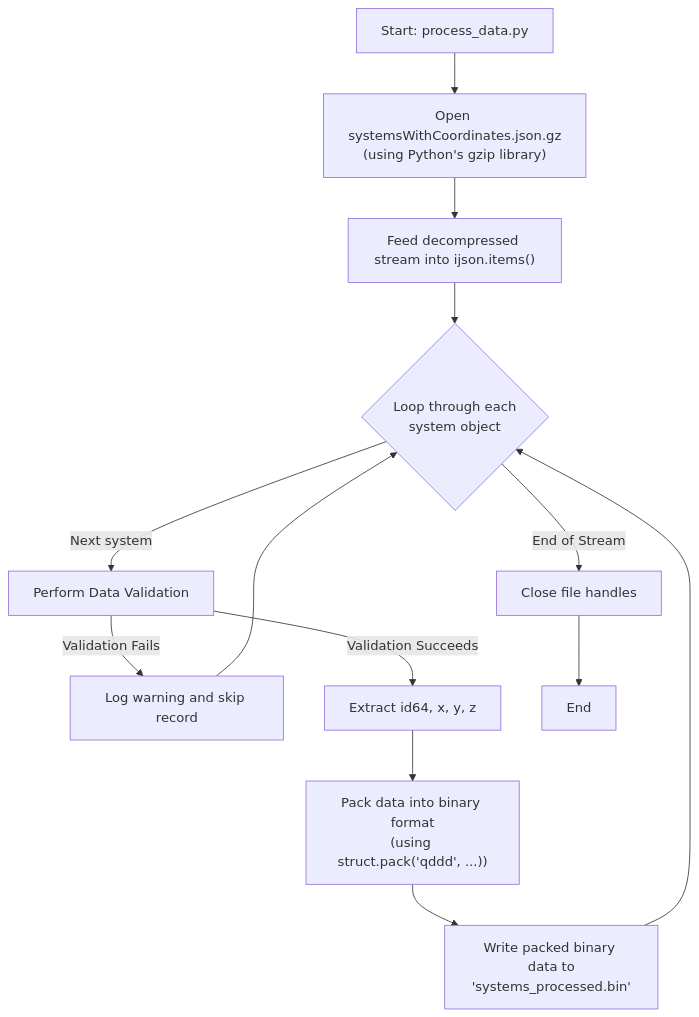
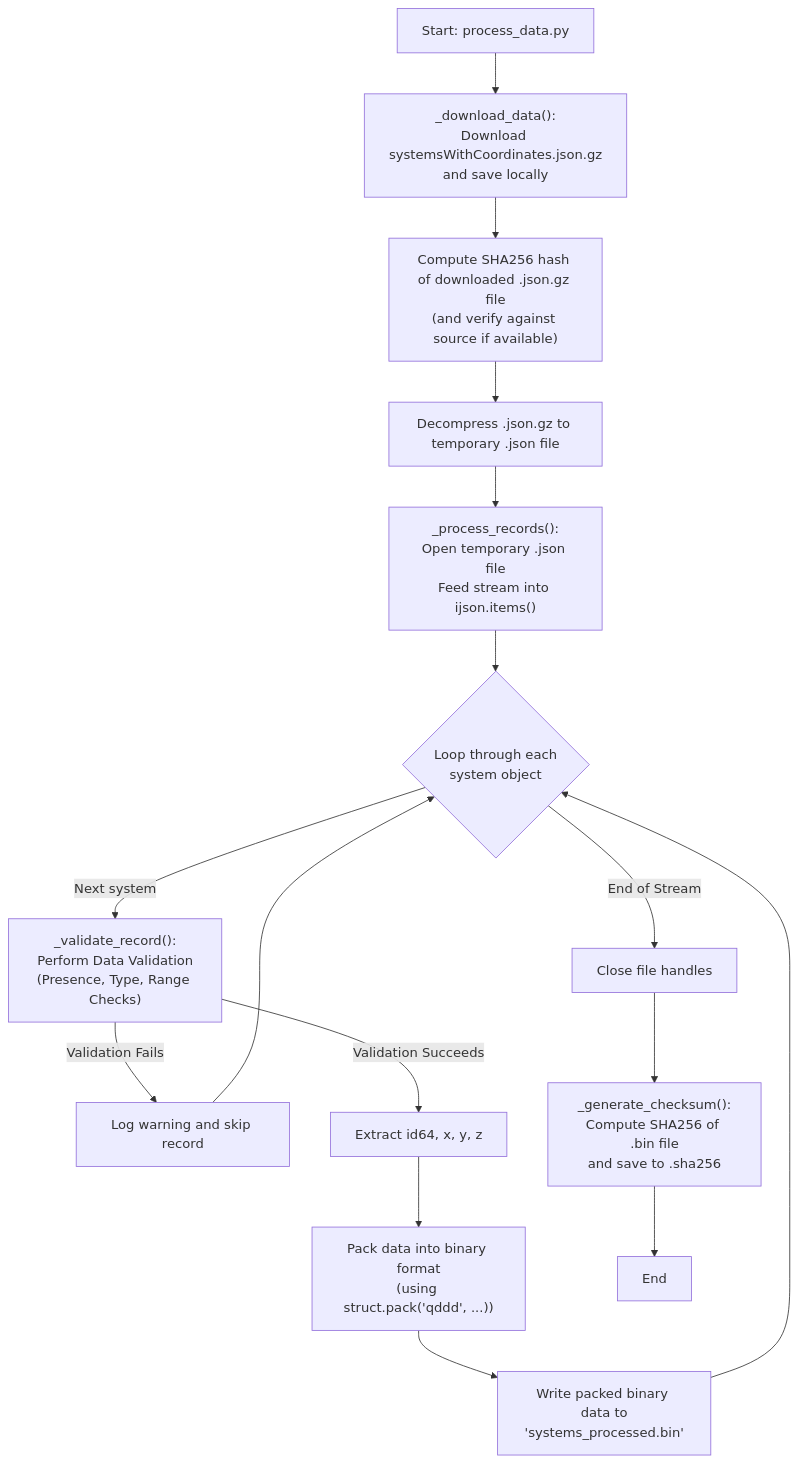
Before and after one commit to mnaatjes/elite-dangerous-dev: the first of 3 diagrams in pipeline/docs/etl_process_deep_dive.md, drawn with Mermaid. The commit also changed other lines of this file and 21 other files, not shown here.

````diff
--- a/pipeline/docs/etl_process_deep_dive.md
+++ b/pipeline/docs/etl_process_deep_dive.md
@@ -11,15 +11,18 @@
 ```mermaid
 graph TD
-    A["Start: process_data.py"] --> B["Open systemsWithCoordinates.json.gz<br/>(using Python's gzip library)"];
-    B --> C["Feed decompressed stream into ijson.items()"];
-    C --> D{Loop through each<br/>system object};
-    D -- "Next system" --> E["Perform Data Validation"];
-    E -- "Validation Fails" --> F["Log warning and skip record"];
-    F --> D;
-    E -- "Validation Succeeds" --> G["Extract id64, x, y, z"];
-    G --> H["Pack data into binary format<br/>(using struct.pack('qddd', ...))"];
-    H --> I["Write packed binary data to<br/>'systems_processed.bin'"];
-    I --> D;
-    D -- "End of Stream" --> J["Close file handles"];
-    J --> K["End"];
+    A["Start: process_data.py"] --> B["_download_data():<br/>Download systemsWithCoordinates.json.gz<br/>and save locally"];
+    B --> C["Compute SHA256 hash of downloaded .json.gz file<br/>(and verify against source if available)"];
+    C --> D["Decompress .json.gz to temporary .json file"];
+    D --> E["_process_records():<br/>Open temporary .json file<br/>Feed stream into ijson.items()"];
+    E --> F{Loop through each<br/>system object};
+    F -- "Next system" --> G["_validate_record():<br/>Perform Data Validation<br/>(Presence, Type, Range Checks)"];
+    G -- "Validation Fails" --> H["Log warning and skip record"];
+    H --> F;
+    G -- "Validation Succeeds" --> I["Extract id64, x, y, z"];
+    I --> J["Pack data into binary format<br/>(using struct.pack('qddd', ...))"];
+    J --> K["Write packed binary data to<br/>'systems_processed.bin'"];
+    K --> F;
+    F -- "End of Stream" --> L["Close file handles"];
+    L --> M["_generate_checksum():<br/>Compute SHA256 of .bin file<br/>and save to .sha256"];
+    M --> N["End"];
 ```
````
